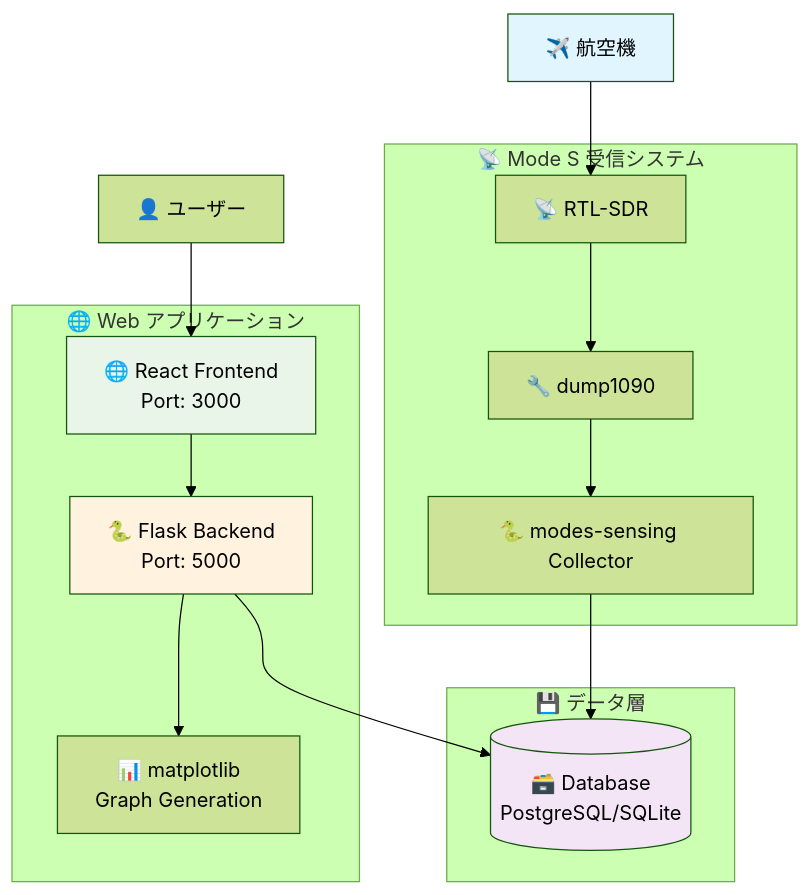
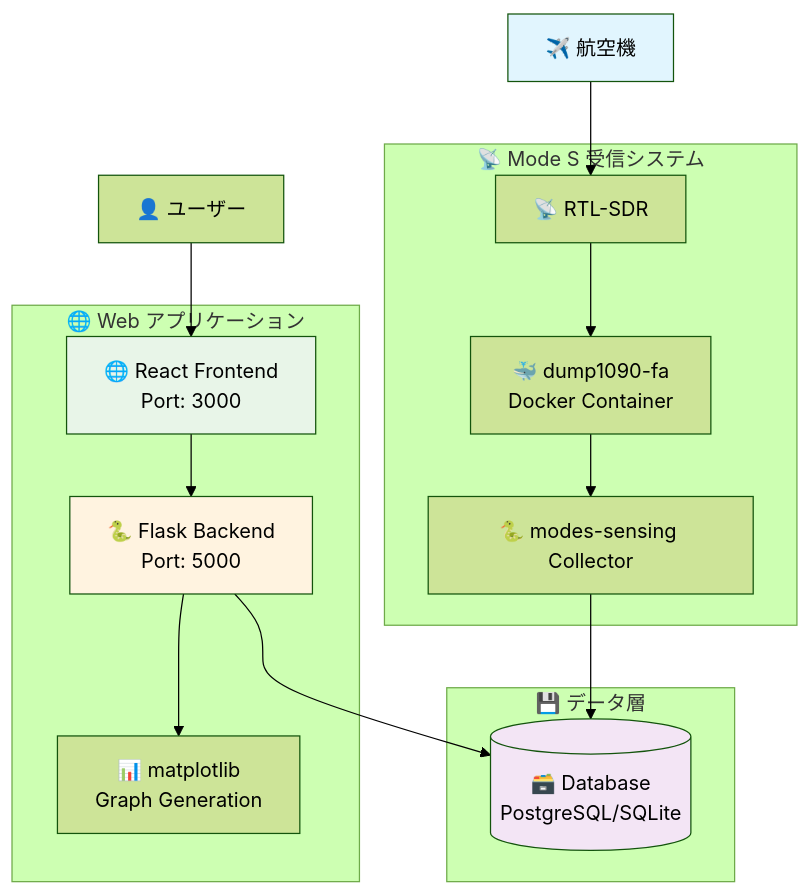
Before and after one commit to kimata/modes-sensing: the first of 3 diagrams in README.md, drawn with Mermaid (forest theme). The commit also changed other lines of this file, not shown here.

First line of the commit message:
🐳 dump1090をDockerコンテナベースの記述に変更

````diff
--- a/README.md
+++ b/README.md
@@ -70,33 +61,33 @@
 ```mermaid
 flowchart TD
     A[✈️ 航空機] --> B[📡 RTL-SDR]
-    B --> C[🔧 dump1090]
+    B --> C[🐳 dump1090-fa<br/>Docker Container]
     C --> D[🐍 modes-sensing Collector]
     D --> E[(🗃️ Database<br/>PostgreSQL/SQLite)]
 
     F[👤 ユーザー] --> G[🌐 React Frontend<br/>Port: 3000]
     G --> H[🐍 Flask Backend<br/>Port: 5000]
     H --> E
     H --> I[📊 matplotlib<br/>Graph Generation]
 
     subgraph "📡 Mode S 受信システム"
         B
         C
         D
     end
 
     subgraph "🌐 Web アプリケーション"
         G
         H
         I
     end
 
     subgraph "💾 データ層"
         E
     end
 
     style A fill:#e1f5fe
     style E fill:#f3e5f5
     style G fill:#e8f5e8
     style H fill:#fff3e0
 ```
````
